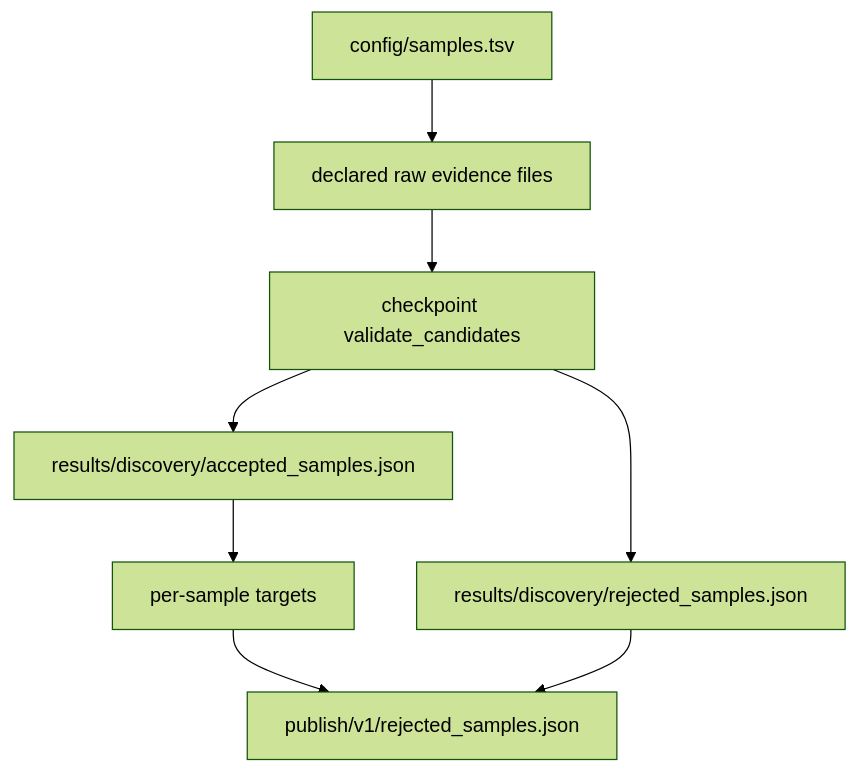
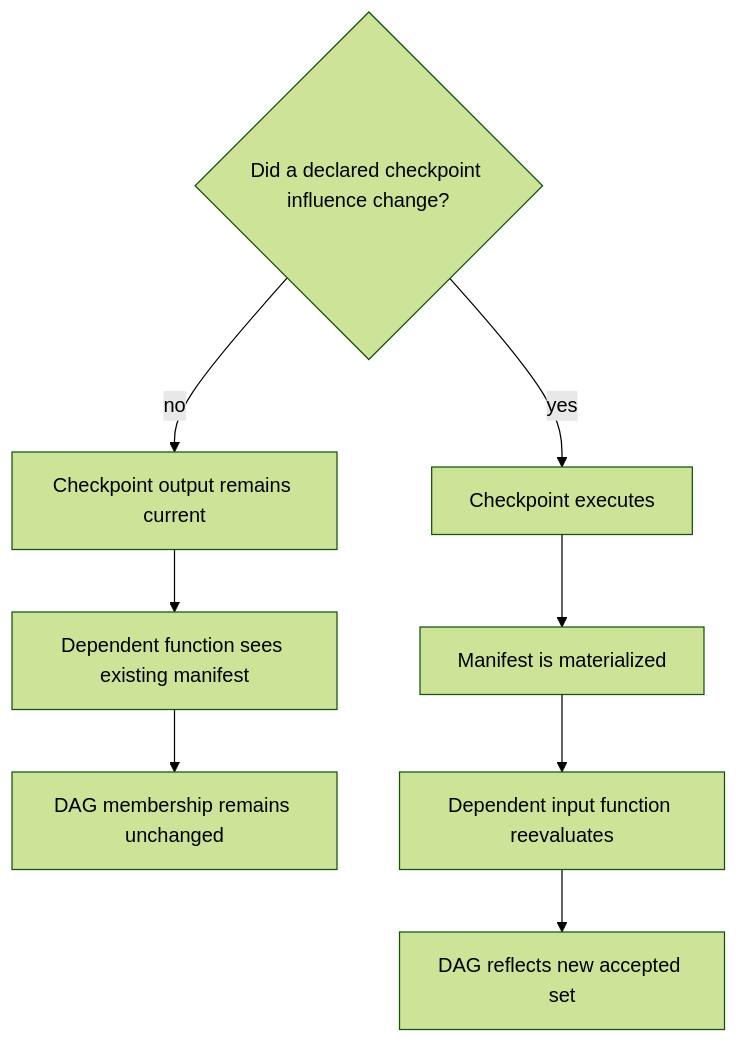
One commit to bijux/bijux-masterclass changed the second of 2 diagrams in programs/reproducible-research/deep-dive-snakemake/course-book/module-02-dynamic-dags-discovery-integrity/checkpoints-and-reviewed-dag-changes.md. Above: the diagram before and after it, drawn with Mermaid (forest theme). The commit also changed other lines of this file, not shown here.

Commit message:
docs(snakemake): explain checkpoint invalidation and reevaluation

````diff
--- a/programs/reproducible-research/deep-dive-snakemake/course-book/module-02-dynamic-dags-discovery-integrity/checkpoints-and-reviewed-dag-changes.md
+++ b/programs/reproducible-research/deep-dive-snakemake/course-book/module-02-dynamic-dags-discovery-integrity/checkpoints-and-reviewed-dag-changes.md
@@ -131,10 +112,11 @@
 ```mermaid
 flowchart TD
-  manifest["config/samples.tsv"] --> raw["declared raw evidence files"]
-  raw --> checkpoint["checkpoint validate_candidates"]
-  checkpoint --> accepted["results/discovery/accepted_samples.json"]
-  checkpoint --> rejected["results/discovery/rejected_samples.json"]
-  accepted --> fanout["per-sample targets"]
-  fanout --> publish["publish/v1/accepted_samples.json"]
-  rejected --> publish["publish/v1/rejected_samples.json"]
+  changed{"Did a declared checkpoint influence change?"}
+  changed -->|no| current["Checkpoint output remains current"]
+  current --> old["Dependent function sees existing manifest"]
+  old --> stale["DAG membership remains unchanged"]
+  changed -->|yes| execute["Checkpoint executes"]
+  execute --> new["Manifest is materialized"]
+  new --> reevaluate["Dependent input function reevaluates"]
+  reevaluate --> revised["DAG reflects new accepted set"]
 ```
````
